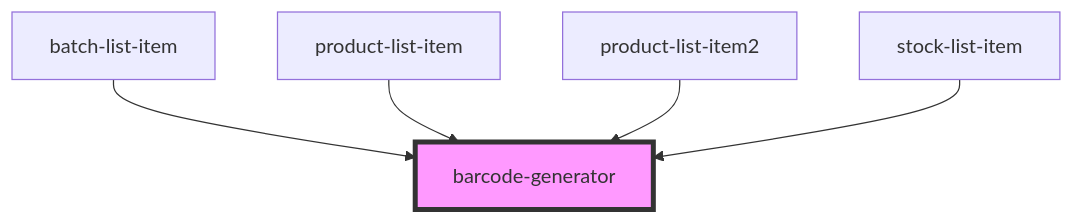
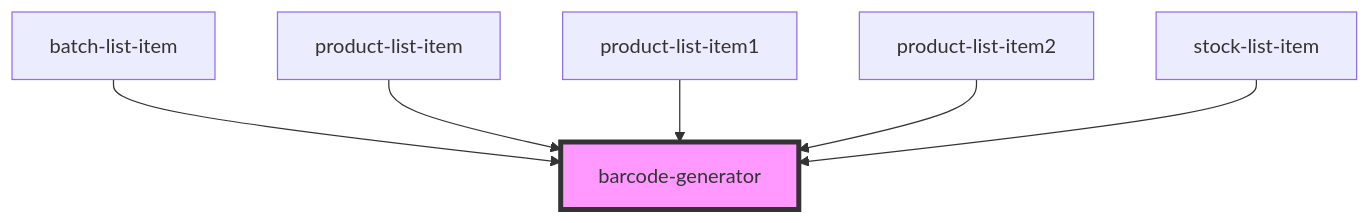
One commit to PharmaLedger-IMI/fgt-workspace changed the diagram in pdm-web-components/src/components/barcode-generator/readme.md. Above: the diagram before and after it, drawn with Mermaid. The commit also changed other lines of this file and 10 other files, not shown here.

````diff
--- a/pdm-web-components/src/components/barcode-generator/readme.md
+++ b/pdm-web-components/src/components/barcode-generator/readme.md
@@ -30,8 +31,9 @@
 ```mermaid
 graph TD;
   batch-list-item --> barcode-generator
   product-list-item --> barcode-generator
+  product-list-item1 --> barcode-generator
   product-list-item2 --> barcode-generator
   stock-list-item --> barcode-generator
   style barcode-generator fill:#f9f,stroke:#333,stroke-width:4px
 ```
````
